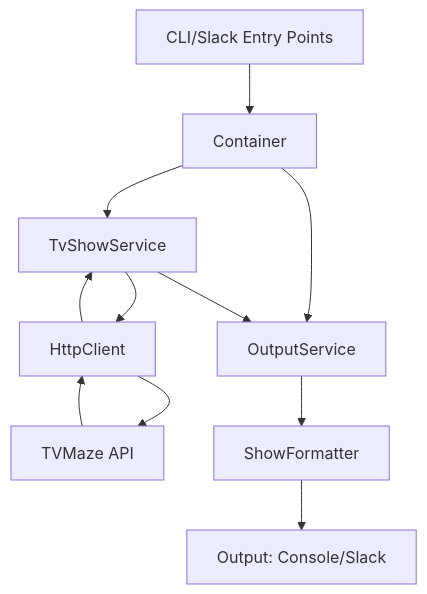
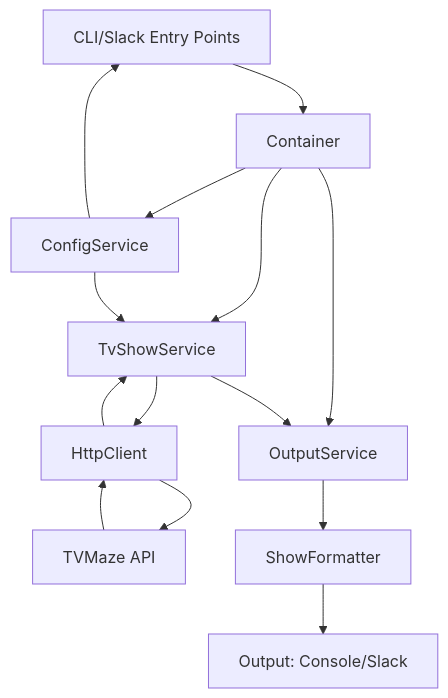
Before and after one commit to szeller/whatsontv: the diagram in docs/architecture/architectureOverview.md, drawn with Mermaid. The commit also changed other lines of this file and 62 other files, not shown here.

````diff
--- a/docs/architecture/architectureOverview.md
+++ b/docs/architecture/architectureOverview.md
@@ -83,13 +91,16 @@
 ```mermaid
 graph TD
     A[CLI/Slack Entry Points] --> B[Container]
     B --> C[OutputService]
     B --> D[TvShowService]
+    B --> I[ConfigService]
     D --> E[HttpClient]
     E --> F[TVMaze API]
     F --> E
     E --> D
     D --> C
     C --> G[ShowFormatter]
     G --> H[Output: Console/Slack]
+    I --> A
+    I --> D
 ```
````
